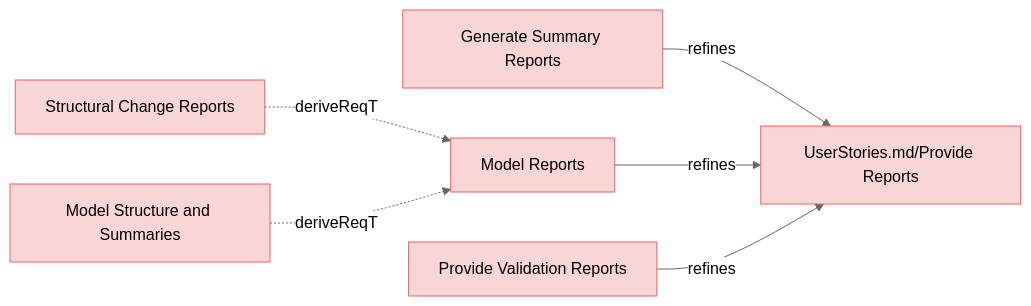
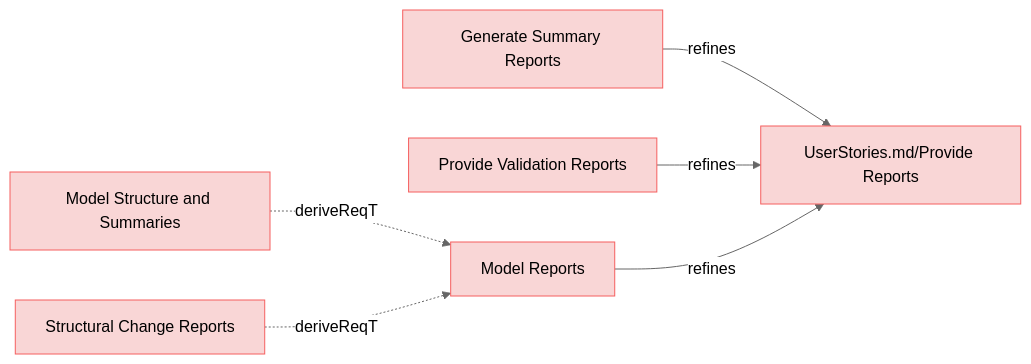
One commit to reqvire-org/reqvire changed the fifth of 9 diagrams in specifications/UserRequirements.md. Above: the diagram before and after it, drawn with Mermaid (neutral theme). The commit also changed other lines of this file and 160 other files, not shown here.

````diff
--- a/specifications/UserRequirements.md
+++ b/specifications/UserRequirements.md
@@ -369,32 +369,32 @@
 ```mermaid
 graph LR;
   %% Graph styling
   classDef requirement fill:#f9d6d6,stroke:#f55f5f,stroke-width:1px;
   classDef verification fill:#d6f9d6,stroke:#5fd75f,stroke-width:1px;
   classDef externalLink fill:#d0e0ff,stroke:#3080ff,stroke-width:1px;
   classDef default fill:#f5f5f5,stroke:#333333,stroke-width:1px;
 
-  83cf8dc3700bef91["Generate Summary Reports"];
-  click 83cf8dc3700bef91 "https://github.com/ilijaljubicic/ReqFlow/blob/73d5ae1d93adea71fdf4cc508be4d1ae09be068f/specifications/UserRequirements.md#generate-summary-reports";
-  class 83cf8dc3700bef91 requirement;
-  a8ca33c2b9a1e9de["UserStories.md/Provide Reports"];
-  class a8ca33c2b9a1e9de requirement;
-  click a8ca33c2b9a1e9de "https://github.com/ilijaljubicic/ReqFlow/blob/73d5ae1d93adea71fdf4cc508be4d1ae09be068f/specifications/UserStories.md#provide-reports";
-  83cf8dc3700bef91 -->|refines| a8ca33c2b9a1e9de;
-  7aea0316c5a26622["Structural Change Reports"];
-  click 7aea0316c5a26622 "https://github.com/ilijaljubicic/ReqFlow/blob/73d5ae1d93adea71fdf4cc508be4d1ae09be068f/specifications/UserRequirements.md#structural-change-reports";
-  class 7aea0316c5a26622 requirement;
-  14b6d75a44a408f8["Model Reports"];
-  class 14b6d75a44a408f8 requirement;
-  click 14b6d75a44a408f8 "https://github.com/ilijaljubicic/ReqFlow/blob/73d5ae1d93adea71fdf4cc508be4d1ae09be068f/specifications/UserRequirements.md#model-reports";
-  7aea0316c5a26622 -.->|deriveReqT| 14b6d75a44a408f8;
-  738524091202242b["Model Structure and Summaries"];
-  click 738524091202242b "https://github.com/ilijaljubicic/ReqFlow/blob/73d5ae1d93adea71fdf4cc508be4d1ae09be068f/specifications/UserRequirements.md#model-structure-and-summaries";
-  class 738524091202242b requirement;
-  738524091202242b -.->|deriveReqT| 14b6d75a44a408f8;
-  14b6d75a44a408f8 -->|refines| a8ca33c2b9a1e9de;
-  a4b1fa740dda1d5["Provide Validation Reports"];
-  click a4b1fa740dda1d5 "https://github.com/ilijaljubicic/ReqFlow/blob/73d5ae1d93adea71fdf4cc508be4d1ae09be068f/specifications/UserRequirements.md#provide-validation-reports";
-  class a4b1fa740dda1d5 requirement;
-  a4b1fa740dda1d5 -->|refines| a8ca33c2b9a1e9de;
+  30313c48ad55b65e["Generate Summary Reports"];
+  click 30313c48ad55b65e "https://github.com/ilijaljubicic/Reqvire/blob/8a68ca1eab81bac7964085e47777a0a92447c6a5/specifications/UserRequirements.md#generate-summary-reports";
+  class 30313c48ad55b65e requirement;
+  69208127f6580b16["UserStories.md/Provide Reports"];
+  class 69208127f6580b16 requirement;
+  click 69208127f6580b16 "https://github.com/ilijaljubicic/Reqvire/blob/8a68ca1eab81bac7964085e47777a0a92447c6a5/specifications/UserStories.md#provide-reports";
+  30313c48ad55b65e -->|refines| 69208127f6580b16;
+  9774a66acb48024c["Model Structure and Summaries"];
+  click 9774a66acb48024c "https://github.com/ilijaljubicic/Reqvire/blob/8a68ca1eab81bac7964085e47777a0a92447c6a5/specifications/UserRequirements.md#model-structure-and-summaries";
+  class 9774a66acb48024c requirement;
+  b7cb385d30a22dd2["Model Reports"];
+  class b7cb385d30a22dd2 requirement;
+  click b7cb385d30a22dd2 "https://github.com/ilijaljubicic/Reqvire/blob/8a68ca1eab81bac7964085e47777a0a92447c6a5/specifications/UserRequirements.md#model-reports";
+  9774a66acb48024c -.->|deriveReqT| b7cb385d30a22dd2;
+  e1f6859d4a4ea65b["Provide Validation Reports"];
+  click e1f6859d4a4ea65b "https://github.com/ilijaljubicic/Reqvire/blob/8a68ca1eab81bac7964085e47777a0a92447c6a5/specifications/UserRequirements.md#provide-validation-reports";
+  class e1f6859d4a4ea65b requirement;
+  e1f6859d4a4ea65b -->|refines| 69208127f6580b16;
+  a0dc2f1f06233058["Structural Change Reports"];
+  click a0dc2f1f06233058 "https://github.com/ilijaljubicic/Reqvire/blob/8a68ca1eab81bac7964085e47777a0a92447c6a5/specifications/UserRequirements.md#structural-change-reports";
+  class a0dc2f1f06233058 requirement;
+  a0dc2f1f06233058 -.->|deriveReqT| b7cb385d30a22dd2;
+  b7cb385d30a22dd2 -->|refines| 69208127f6580b16;
 ```
````
